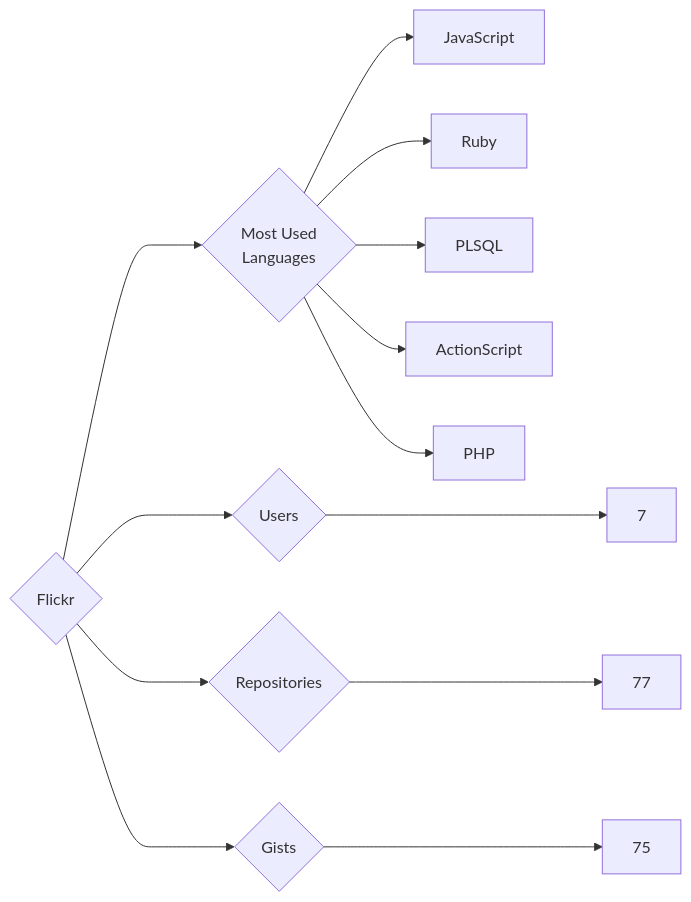
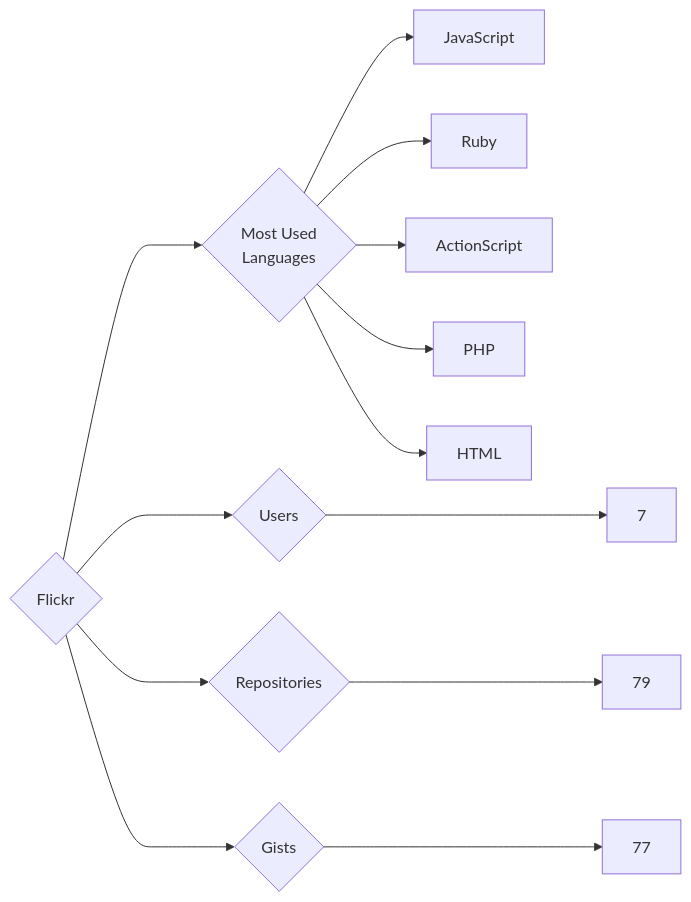
One commit to trickest/insiders changed the diagram in targets/Flickr/README.md. Above: the diagram before and after it, drawn with Mermaid. The commit also changed 895 other files, not shown here.

````diff
--- a/targets/Flickr/README.md
+++ b/targets/Flickr/README.md
@@ -3,13 +3,13 @@
 ```mermaid
 graph LR
 COMPANY_NAME{Flickr}
 COMPANY_NAME ---> U{Users} ---> UN[7]
-COMPANY_NAME ---> R{Repositories} ---> RN[77]
-COMPANY_NAME ---> G{Gists} ---> GN[75]
+COMPANY_NAME ---> R{Repositories} ---> RN[79]
+COMPANY_NAME ---> G{Gists} ---> GN[77]
 COMPANY_NAME ---> ML{Most Used<br>Languages}
 ML --> JavaScript[JavaScript]
 ML --> Ruby[Ruby]
-ML --> PLSQL[PLSQL]
 ML --> ActionScript[ActionScript]
 ML --> PHP[PHP]
+ML --> HTML[HTML]
 ```
````
